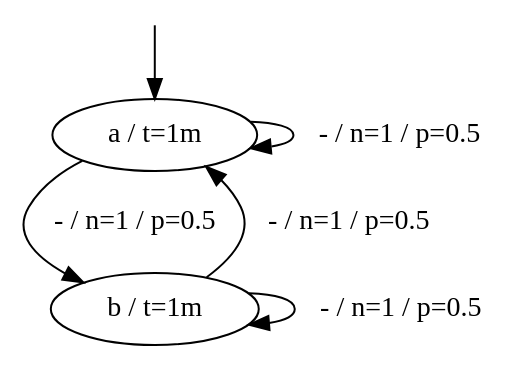
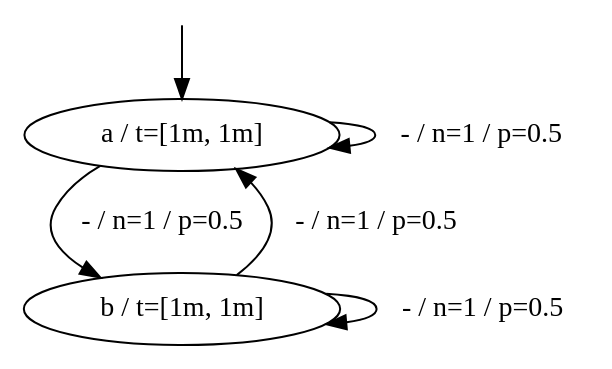
The diagram in examples/ab-loop.dot (tudo-aqua/heat-pump-mining), drawn with Graphviz before and after one commit. The commit also changed 23 other files, not shown here.

```diff
--- a/examples/ab-loop.dot
+++ b/examples/ab-loop.dot
@@ -1,30 +1,30 @@
 // SPDX-FileCopyrightText: 2025-2025 The Heat Pump Mining Authors, see AUTHORS.md
 //
 // SPDX-License-Identifier: CC-BY-4.0
 digraph g {
   s0 [
-    label="a / t=1m";
+    label="a / t=[1m, 1m]";
   ];
   s1 [
-    label="b / t=1m";
+    label="b / t=[1m, 1m]";
   ];
   s0 -> s0 [
     label="- / n=1 / p=0.5";
   ];
   s0 -> s1 [
     label="- / n=1 / p=0.5";
   ];
   s1 -> s0 [
     label="- / n=1 / p=0.5";
   ];
   s1 -> s1 [
     label="- / n=1 / p=0.5";
   ];
   __start0 [
     label="";
     shape="none";
     width="0";
     height="0";
   ];
   __start0 -> s0;
 }
```
